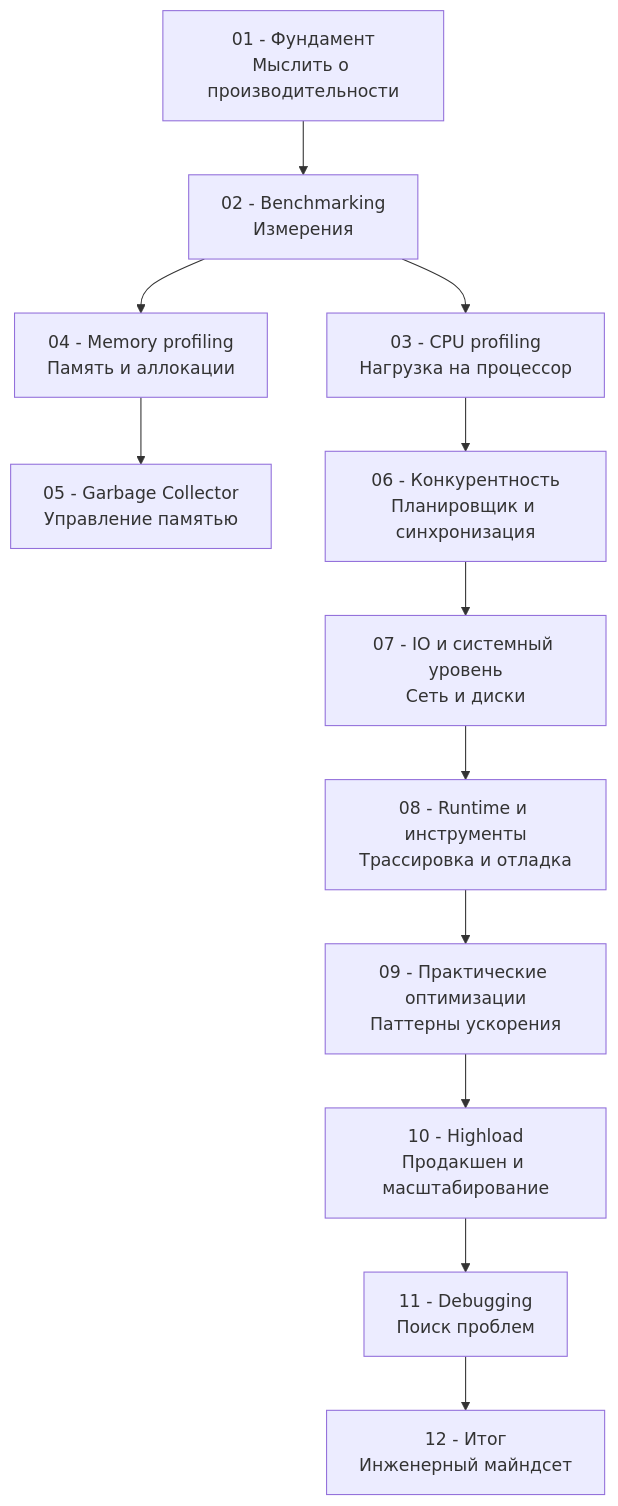
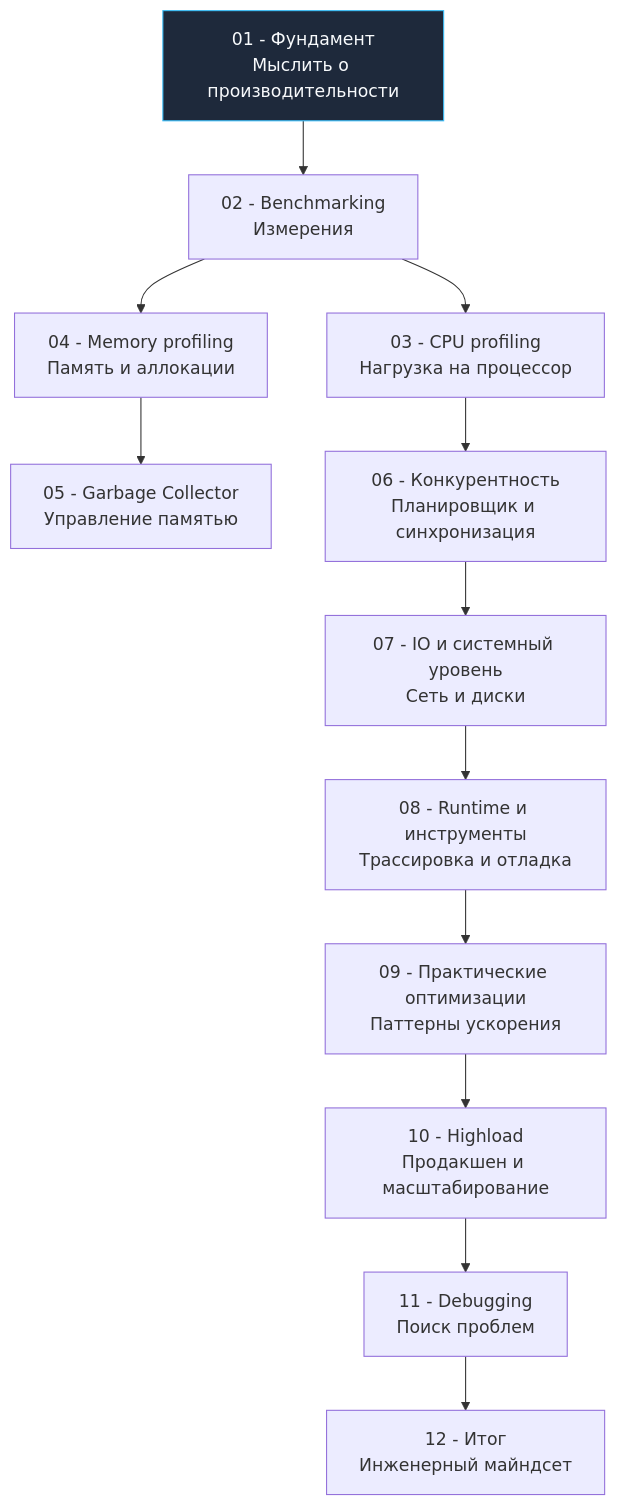
Before and after one commit to UnrealTemplier/go-textbook: the first of 3 diagrams in sources/16. Профилирование, отладка и производительность/01. Фундамент/1. Обзор раздела. Как мыслить о производительности.md, drawn with Mermaid. The commit also changed other lines of this file and 1666 other files, not shown here.

First line of the commit message:
feat(mermaid): add semantic color classDef to 1369 colorless flowchart/graph diagrams

````diff
--- a/sources/16. Профилирование, отладка и производительность/01. Фундамент/1. Обзор раздела. Как мыслить о производительности.md
+++ b/sources/16. Профилирование, отладка и производительность/01. Фундамент/1. Обзор раздела. Как мыслить о производительности.md
@@ -23,14 +23,24 @@
 ```mermaid
 flowchart TD
-    A["01 - Фундамент<br>Мыслить о производительности"] --> B["02 - Benchmarking<br>Измерения"]
+    classDef process  fill:#1e293b,stroke:#38bdf8,stroke-width:1px,color:#f8fafc
+    classDef success  fill:#064e3b,stroke:#34d399,stroke-width:1px,color:#f8fafc
+    classDef error    fill:#7f1d1d,stroke:#f87171,stroke-width:1px,color:#f8fafc
+    classDef warning  fill:#78350f,stroke:#fbbf24,stroke-width:1px,color:#f8fafc
+    classDef entry    fill:#1e3a5f,stroke:#38bdf8,stroke-width:2px,color:#f8fafc
+    classDef aux      fill:#334155,stroke:#64748b,stroke-width:1px,color:#f8fafc
+    classDef system   fill:#312e81,stroke:#a78bfa,stroke-width:1px,color:#f8fafc
+    classDef data     fill:#132d29,stroke:#2dd4bf,stroke-width:1px,color:#f8fafc
+    classDef network  fill:#881337,stroke:#fb7185,stroke-width:1px,color:#f8fafc
+    classDef accent   fill:#1e1b4b,stroke:#818cf8,stroke-width:1px,color:#f8fafc
+    A["01 - Фундамент<br>Мыслить о производительности"]:::process --> B["02 - Benchmarking<br>Измерения"]
     B --> C["03 - CPU profiling<br>Нагрузка на процессор"]
     B --> D["04 - Memory profiling<br>Память и аллокации"]
     D --> E["05 - Garbage Collector<br>Управление памятью"]
     C --> F["06 - Конкурентность<br>Планировщик и синхронизация"]
     F --> G["07 - IO и системный уровень<br>Сеть и диски"]
     G --> H["08 - Runtime и инструменты<br>Трассировка и отладка"]
     H --> I["09 - Практические оптимизации<br>Паттерны ускорения"]
     I --> J["10 - Highload<br>Продакшен и масштабирование"]
     J --> K["11 - Debugging<br>Поиск проблем"]
     K --> L["12 - Итог<br>Инженерный майндсет"]
 ```
````
